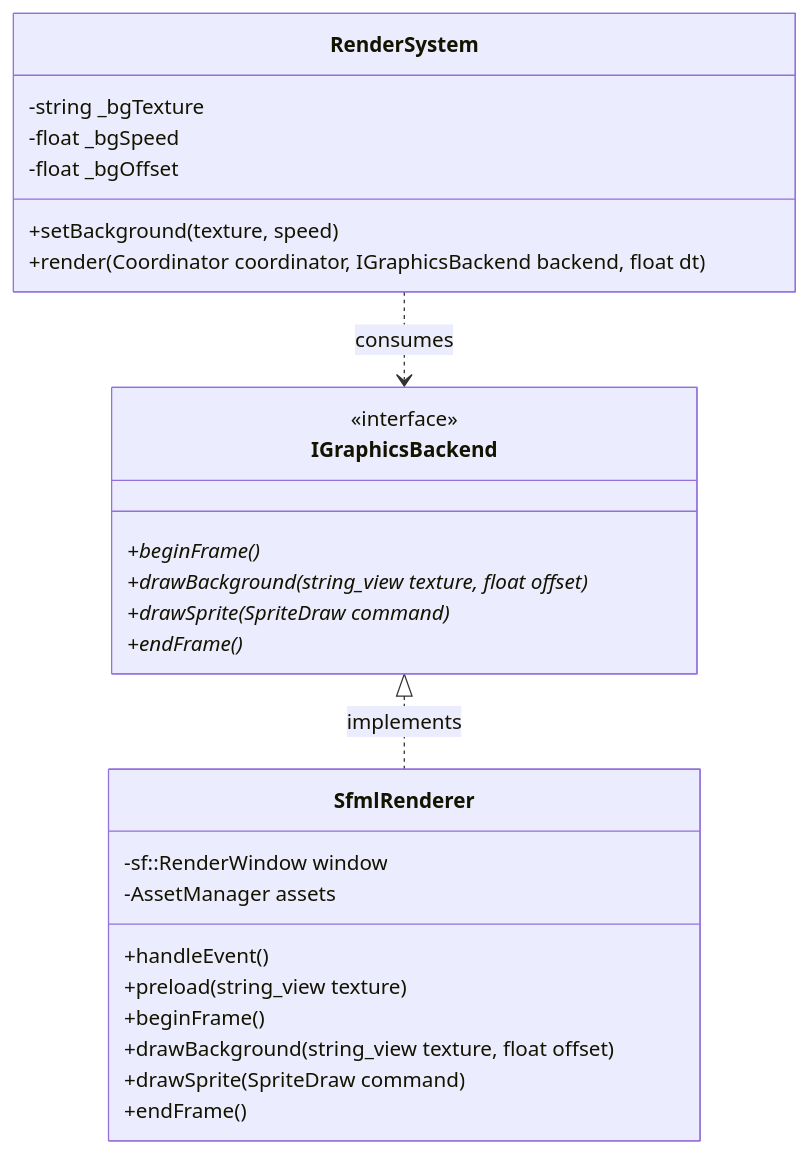
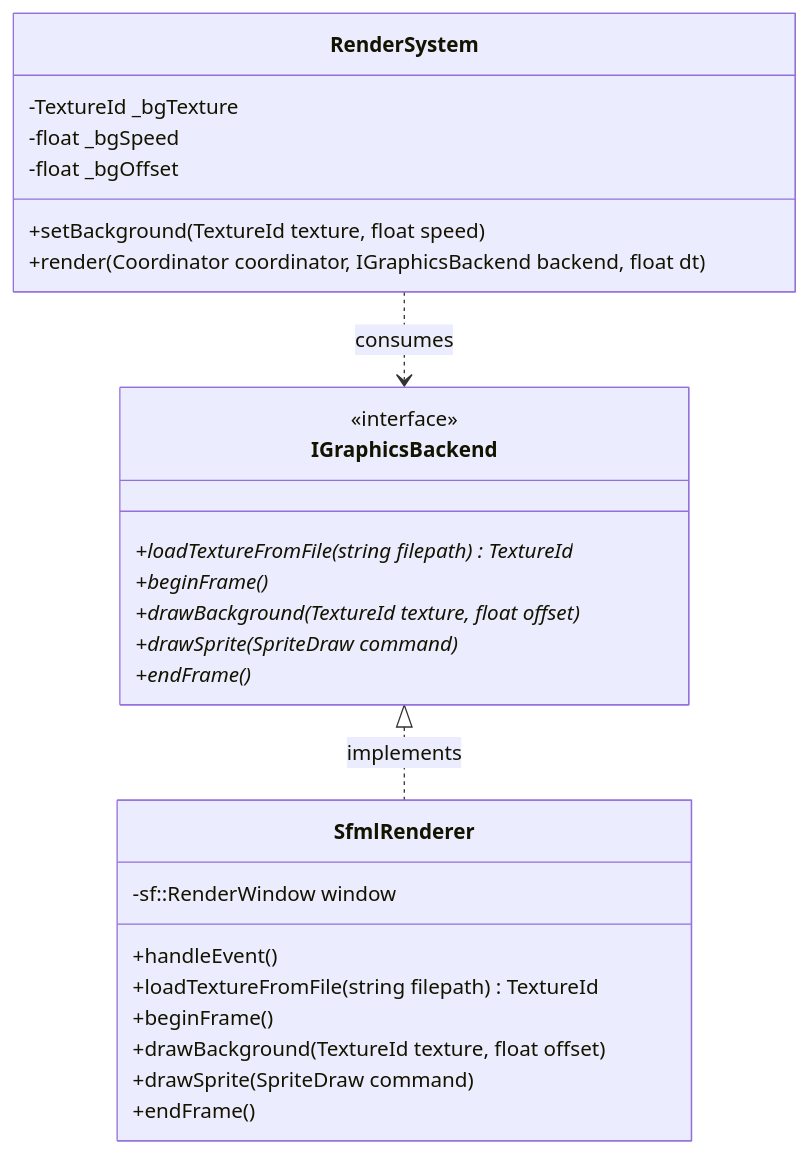
Before and after one commit to noambouillet/rtype: the third of 4 diagrams in docs/architecture.md, drawn with Mermaid. The commit also changed other lines of this file and 4 other files, not shown here.

````diff
--- a/docs/architecture.md
+++ b/docs/architecture.md
@@ -107,32 +107,32 @@
 ```mermaid
 classDiagram
     class IGraphicsBackend {
         <<interface>>
+        +loadTextureFromFile(string filepath)* TextureId
         +beginFrame()*
-        +drawBackground(string_view texture, float offset)*
+        +drawBackground(TextureId texture, float offset)*
         +drawSprite(SpriteDraw command)*
         +endFrame()*
     }
 
     class SfmlRenderer {
         -sf::RenderWindow window
-        -AssetManager assets
         +handleEvent()
-        +preload(string_view texture)
+        +loadTextureFromFile(string filepath) TextureId
         +beginFrame()
-        +drawBackground(string_view texture, float offset)
+        +drawBackground(TextureId texture, float offset)
         +drawSprite(SpriteDraw command)
         +endFrame()
     }
 
     class RenderSystem {
-        -string _bgTexture
+        -TextureId _bgTexture
         -float _bgSpeed
         -float _bgOffset
-        +setBackground(texture, speed)
+        +setBackground(TextureId texture, float speed)
         +render(Coordinator coordinator, IGraphicsBackend backend, float dt)
     }
 
     IGraphicsBackend <|.. SfmlRenderer : implements
     RenderSystem ..> IGraphicsBackend : consumes
 ```
````
